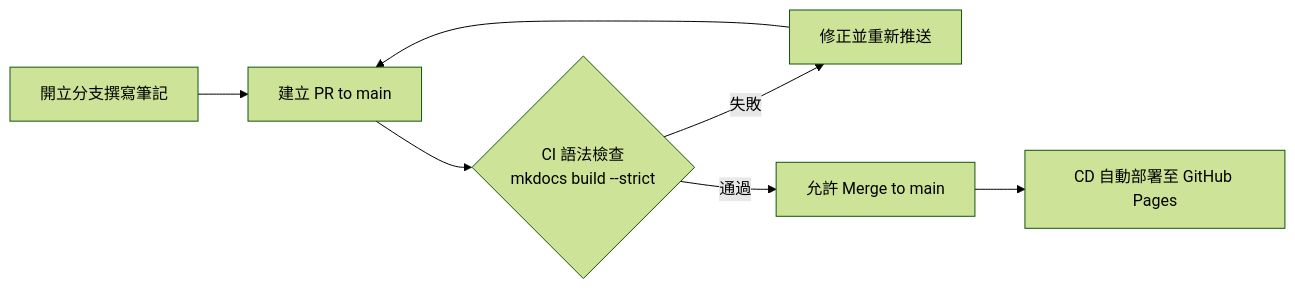
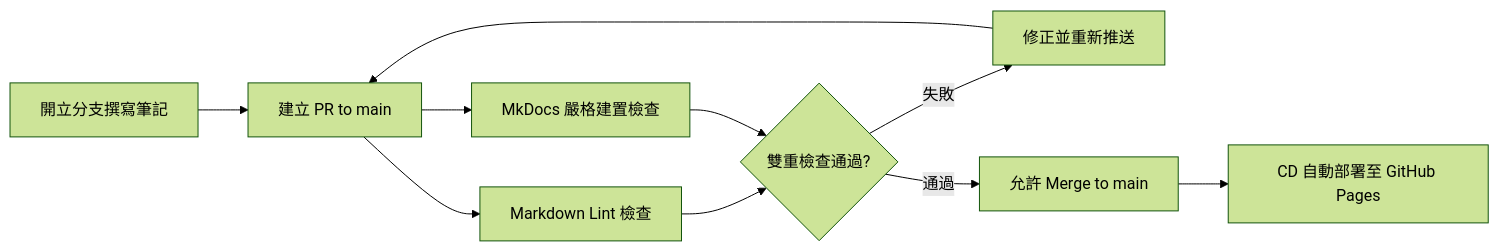
The diagram in README.md (windcoldchen/windcold-kb), drawn with Mermaid (forest theme) before and after one commit. The commit also changed other lines of this file and 8 other files, not shown here.

````diff
--- a/README.md
+++ b/README.md
@@ -23,9 +23,12 @@
 ```mermaid
 graph LR
     A[開立分支撰寫筆記] --> B[建立 PR to main]
-    B --> C{CI 語法檢查<br/>mkdocs build --strict}
-    C -->|失敗| D[修正並重新推送]
-    D --> B
-    C -->|通過| E[允許 Merge to main]
-    E --> F[CD 自動部署至 GitHub Pages]
+    B --> C1[Markdown Lint 檢查]
+    B --> C2[MkDocs 嚴格建置檢查]
+    C1 --> D{雙重檢查通過?}
+    C2 --> D
+    D -->|失敗| E[修正並重新推送]
+    E --> B
+    D -->|通過| F[允許 Merge to main]
+    F --> G[CD 自動部署至 GitHub Pages]
 ```
````
